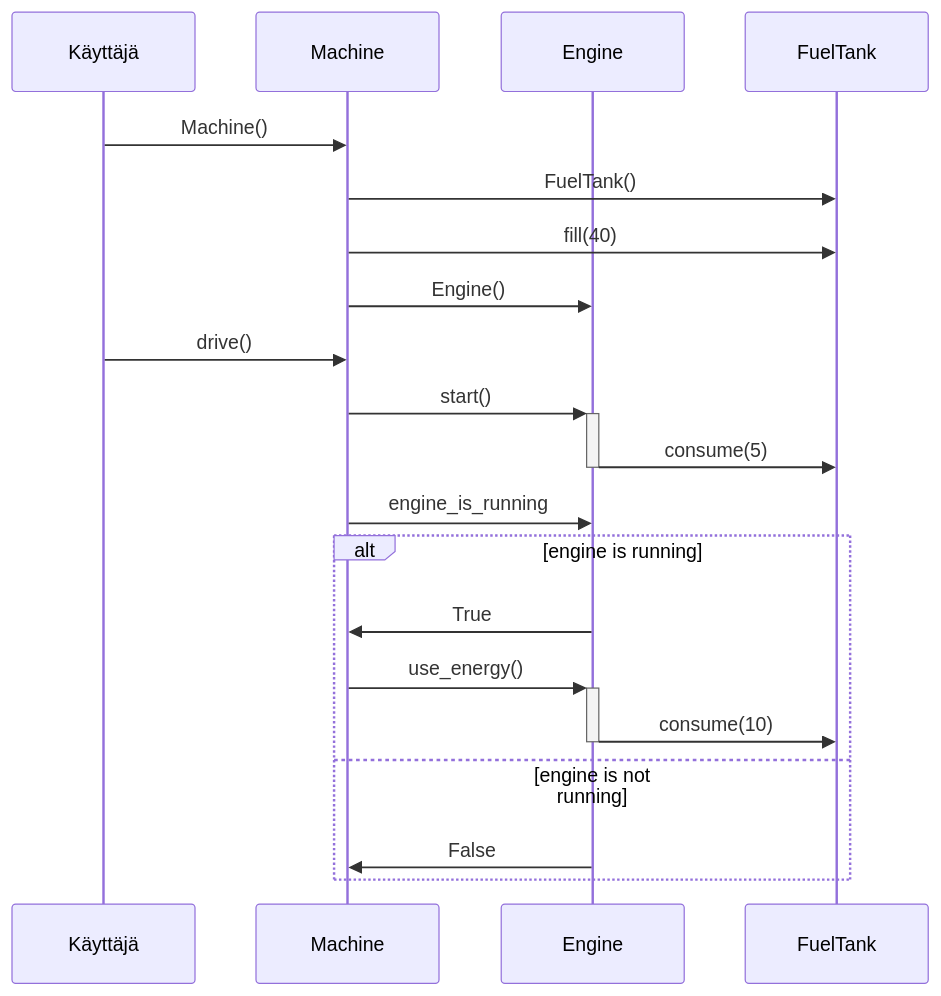
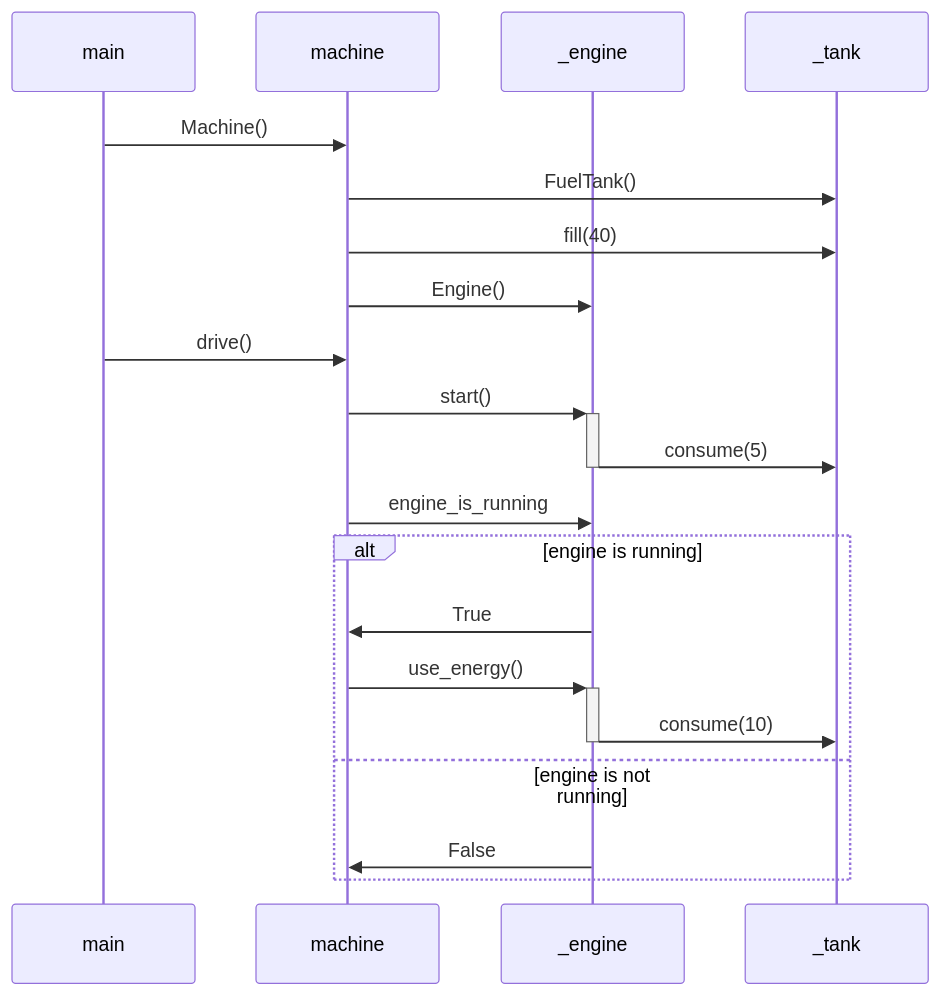
The diagram in laskarit/viikko3/Kone.md (Rasmusjoo/ot-harjoitustyo), drawn with Mermaid before and after one commit.

Commit message:
Muokattu Kone.md tiedostoa

````diff
--- a/laskarit/viikko3/Kone.md
+++ b/laskarit/viikko3/Kone.md
@@ -1,33 +1,33 @@
 ```mermaid
 sequenceDiagram
-participant K as Käyttäjä
-participant M as Machine
-participant E as Engine
-participant F as FuelTank
+participant K as main
+participant M as machine
+participant E as _engine
+participant F as _tank
 
 K->>M:Machine()
 M->>F:FuelTank()
 M->>F:fill(40)
 M->>E:Engine()
 
 K->>M:drive()
 M->>+E:start()
 E->>-F:consume(5)
 M->>E:engine_is_running
 alt engine is running
 E->>M:True
 M->>+E:use_energy()
 E->>-F:consume(10)
 else engine is not running
 E->>M:False
 end
 
 
 
 
 
 
 
 
 
 ```
````
